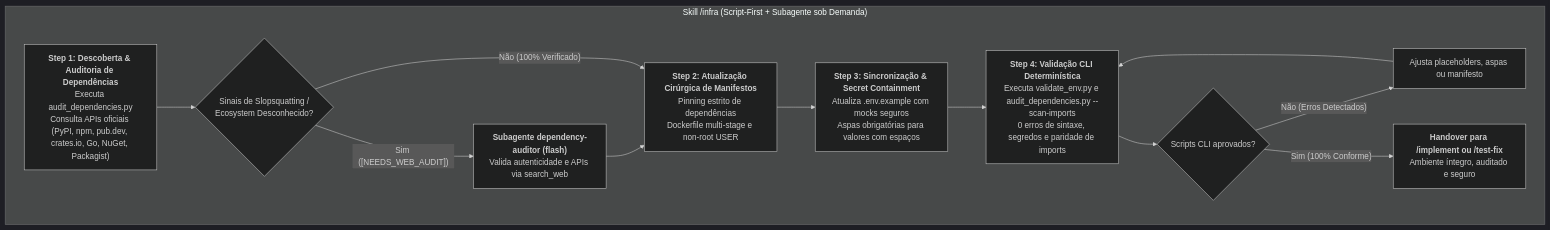
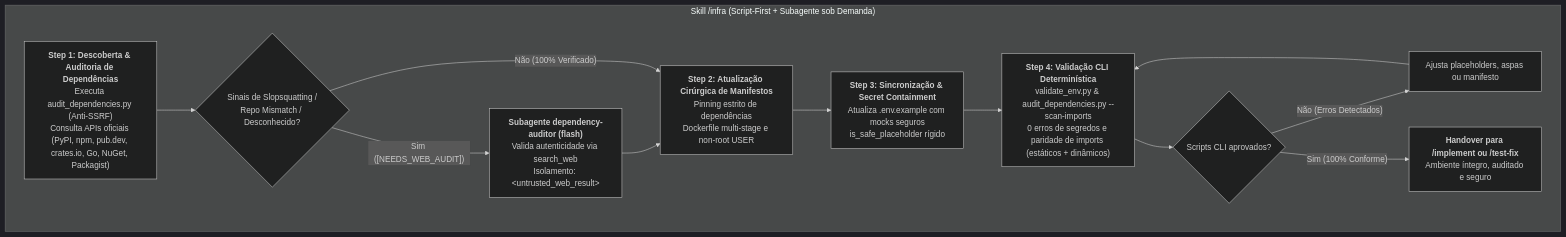
The diagram in doc/skills/infra/README.md (MarcosVeniciu/antigravity-agentic-skills), drawn with Mermaid (dark theme) before and after one commit. The commit also changed other lines of this file and 71 other files, not shown here.

````diff
--- a/doc/skills/infra/README.md
+++ b/doc/skills/infra/README.md
@@ -28,25 +29,25 @@
 ```mermaid
 flowchart TD
     subgraph InfraPipeline["Skill /infra (Script-First + Subagente sob Demanda)"]
-        S1["<b>Step 1: Descoberta & Auditoria de Dependências</b><br/>Executa audit_dependencies.py<br/>Consulta APIs oficiais (PyPI, npm, pub.dev, crates.io, Go, NuGet, Packagist)"]
-        Risk{"Sinais de Slopsquatting /<br/>Ecosystem Desconhecido?"}
-        Auditor["<b>Subagente dependency-auditor (flash)</b><br/>Valida autenticidade e APIs via search_web"]
+        S1["<b>Step 1: Descoberta & Auditoria de Dependências</b><br/>Executa audit_dependencies.py (Anti-SSRF)<br/>Consulta APIs oficiais (PyPI, npm, pub.dev, crates.io, Go, NuGet, Packagist)"]
+        Risk{"Sinais de Slopsquatting /<br/>Repo Mismatch / Desconhecido?"}
+        Auditor["<b>Subagente dependency-auditor (flash)</b><br/>Valida autenticidade via search_web<br/>Isolamento: &lt;untrusted_web_result&gt;"]
         S2["<b>Step 2: Atualização Cirúrgica de Manifestos</b><br/>Pinning estrito de dependências<br/>Dockerfile multi-stage e non-root USER"]
-        S3["<b>Step 3: Sincronização & Secret Containment</b><br/>Atualiza .env.example com mocks seguros<br/>Aspas obrigatórias para valores com espaços"]
-        S4["<b>Step 4: Validação CLI Determinística</b><br/>Executa validate_env.py e audit_dependencies.py --scan-imports<br/>0 erros de sintaxe, segredos e paridade de imports"]
+        S3["<b>Step 3: Sincronização & Secret Containment</b><br/>Atualiza .env.example com mocks seguros<br/>is_safe_placeholder rígido"]
+        S4["<b>Step 4: Validação CLI Determinística</b><br/>validate_env.py & audit_dependencies.py --scan-imports<br/>0 erros de segredos e paridade de imports (estáticos + dinâmicos)"]
         Gate{"Scripts CLI aprovados?"}
         Fix["Ajusta placeholders, aspas ou manifesto"]
         Handover["<b>Handover para /implement ou /test-fix</b><br/>Ambiente íntegro, auditado e seguro"]
     end
 
     S1 --> Risk
     Risk -->|"Sim ([NEEDS_WEB_AUDIT])"| Auditor
     Auditor --> S2
     Risk -->|"Não (100% Verificado)"| S2
     S2 --> S3
     S3 --> S4
     S4 --> Gate
     Gate -->|"Não (Erros Detectados)"| Fix
     Fix --> S4
     Gate -->|"Sim (100% Conforme)"| Handover
 ```
````
